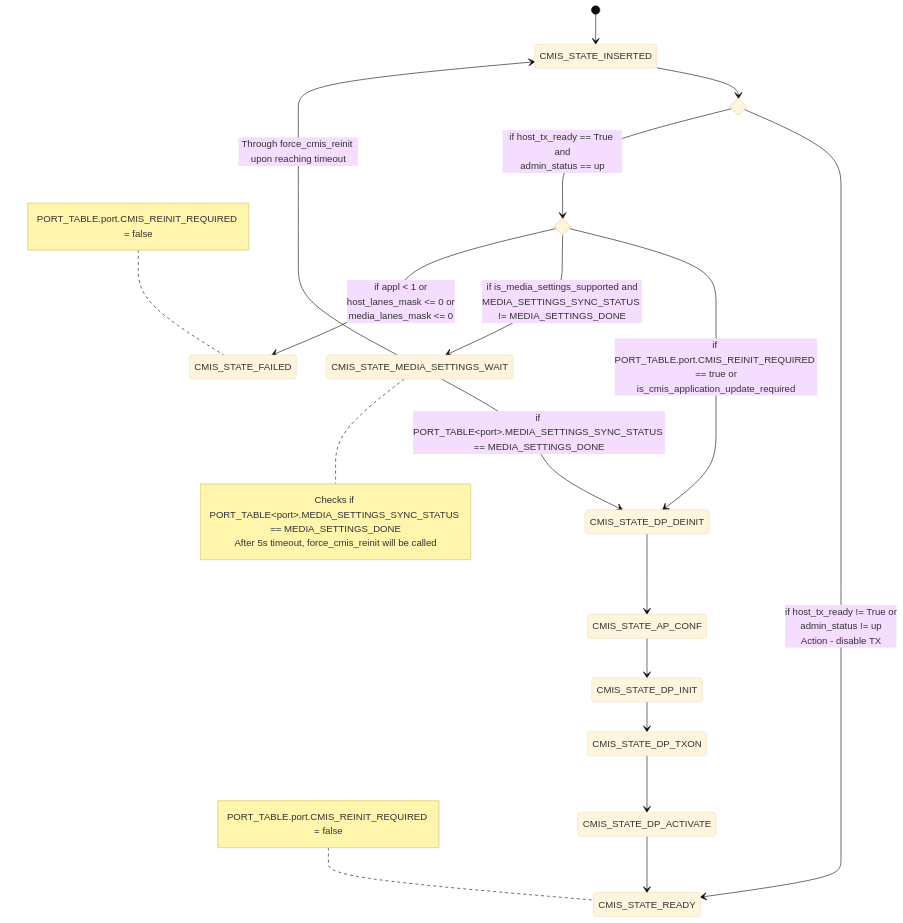
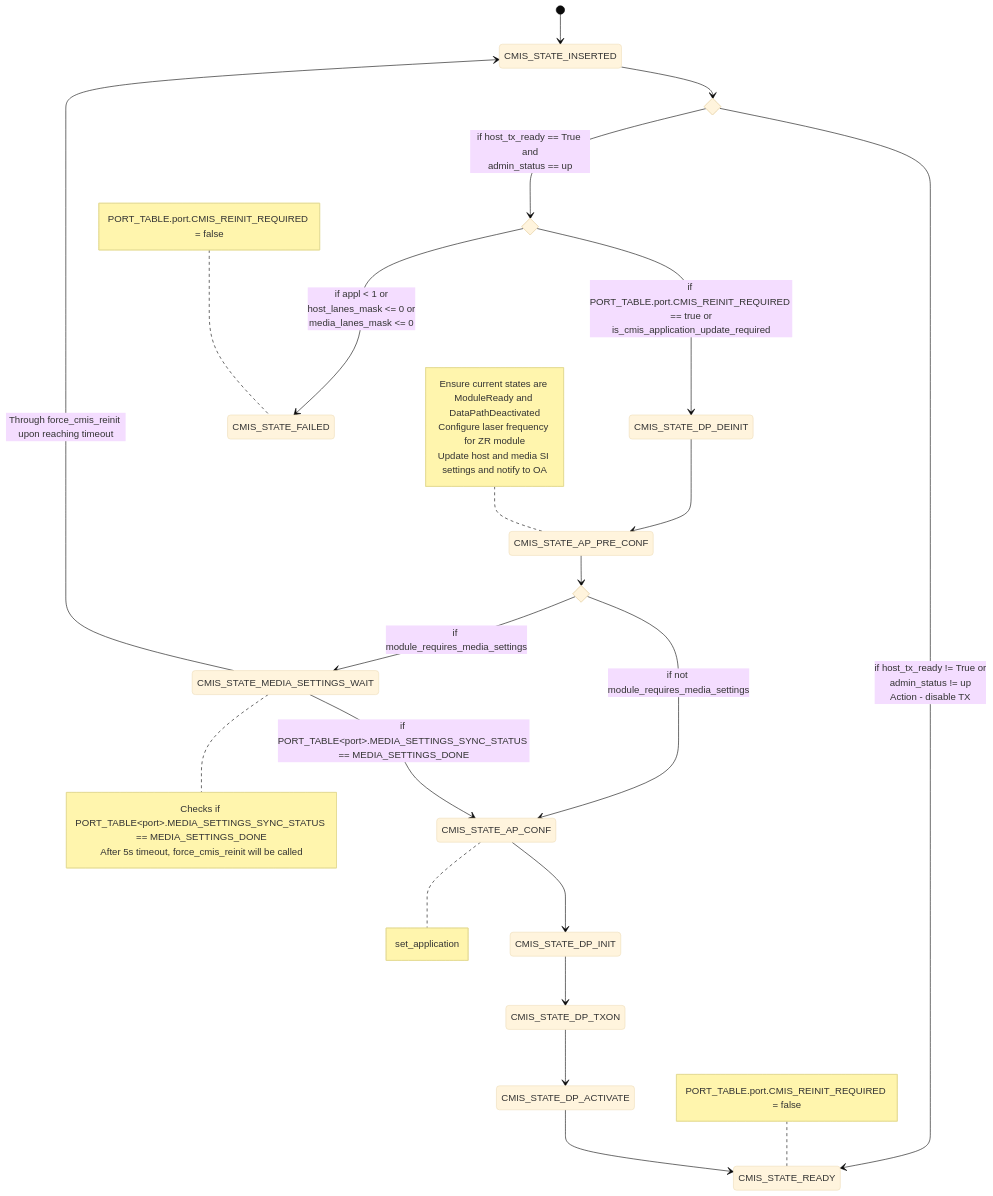
Before and after one commit to sonic-net/SONiC: the third of 5 diagrams in doc/sfp-cmis/Interface-Link-bring-up-sequence.md, drawn with Mermaid (base theme). The commit also changed other lines of this file, not shown here.

Commit message:
Addressed PR comments and separated media notification between SfpStateUpdateTask and CmisManagerTask threads

````diff
--- a/doc/sfp-cmis/Interface-Link-bring-up-sequence.md
+++ b/doc/sfp-cmis/Interface-Link-bring-up-sequence.md
@@ -306,27 +316,32 @@
 ```mermaid
 stateDiagram
     [*] --> CMIS_STATE_INSERTED
     state if_state <<choice>>
     state if_state2 <<choice>>
+    state if_state3 <<choice>>
     CMIS_STATE_INSERTED --> if_state
     if_state --> CMIS_STATE_READY : if host_tx_ready != True or<br>admin_status != up<br> Action - disable TX
     if_state --> if_state2 : if host_tx_ready == True and<br>admin_status == up
     if_state2 --> CMIS_STATE_DP_DEINIT : if PORT_TABLE.port.CMIS_REINIT_REQUIRED == true or<br>is_cmis_application_update_required
-    if_state2 --> CMIS_STATE_MEDIA_SETTINGS_WAIT : if is_media_settings_supported and<br>MEDIA_SETTINGS_SYNC_STATUS != MEDIA_SETTINGS_DONE
     note left of CMIS_STATE_READY : PORT_TABLE.port.CMIS_REINIT_REQUIRED = false
     if_state2 --> CMIS_STATE_FAILED : if appl < 1 or <br>host_lanes_mask <= 0 or <br>media_lanes_mask <= 0
     note left of CMIS_STATE_FAILED : PORT_TABLE.port.CMIS_REINIT_REQUIRED = false
 
-    CMIS_STATE_MEDIA_SETTINGS_WAIT --> CMIS_STATE_DP_DEINIT : if PORT_TABLE&ltport&gt.MEDIA_SETTINGS_SYNC_STATUS == MEDIA_SETTINGS_DONE
+    CMIS_STATE_DP_DEINIT --> CMIS_STATE_AP_PRE_CONF
+
+    note left of CMIS_STATE_AP_PRE_CONF : Ensure current states are ModuleReady and DataPathDeactivated<br>Configure laser frequency for ZR module<br>Update host and media SI settings and notify to OA
+    CMIS_STATE_AP_PRE_CONF --> if_state3
+    if_state3 --> CMIS_STATE_MEDIA_SETTINGS_WAIT : if module_requires_media_settings
+    if_state3 --> CMIS_STATE_AP_CONF : if not module_requires_media_settings
+    CMIS_STATE_MEDIA_SETTINGS_WAIT --> CMIS_STATE_AP_CONF : if PORT_TABLE&ltport&gt.MEDIA_SETTINGS_SYNC_STATUS == MEDIA_SETTINGS_DONE
     CMIS_STATE_MEDIA_SETTINGS_WAIT --> CMIS_STATE_INSERTED : Through force_cmis_reinit upon reaching timeout
     note right of CMIS_STATE_MEDIA_SETTINGS_WAIT
         Checks if PORT_TABLE&ltport&gt.MEDIA_SETTINGS_SYNC_STATUS == MEDIA_SETTINGS_DONE
         After 5s timeout, force_cmis_reinit will be called
     end note
-
-    CMIS_STATE_DP_DEINIT --> CMIS_STATE_AP_CONF
     CMIS_STATE_AP_CONF --> CMIS_STATE_DP_INIT
+    note right of CMIS_STATE_AP_CONF: set_application
     CMIS_STATE_DP_INIT --> CMIS_STATE_DP_TXON
     CMIS_STATE_DP_TXON --> CMIS_STATE_DP_ACTIVATE
     CMIS_STATE_DP_ACTIVATE --> CMIS_STATE_READY
 ```
````
